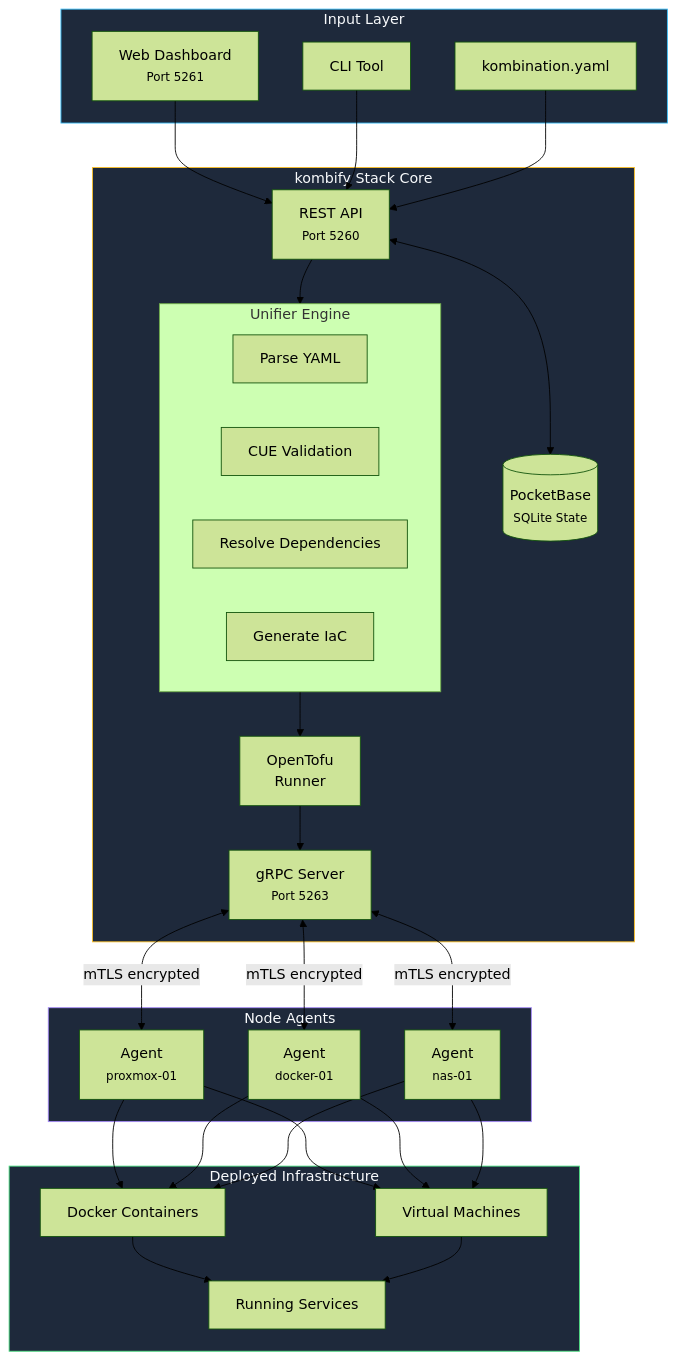
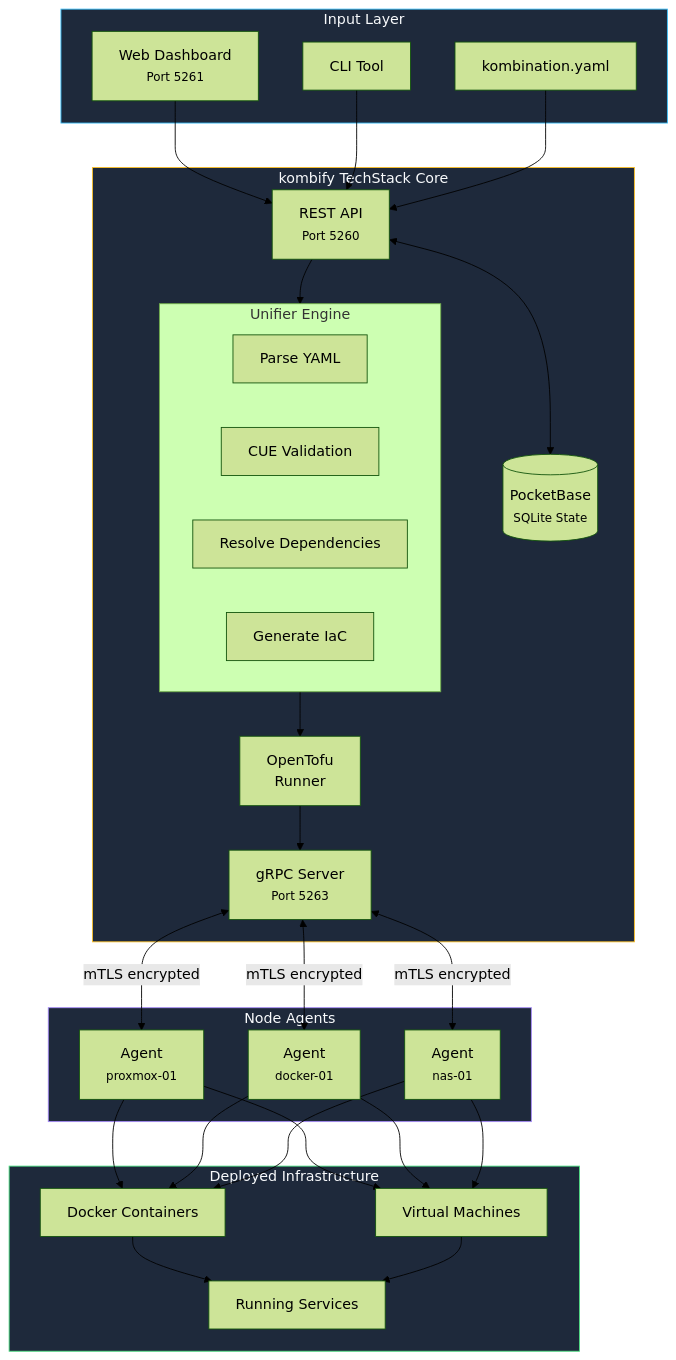
One commit to KombiverseLabs/docs changed the second of 5 diagrams in stack/overview.mdx. Above: the diagram before and after it, drawn with Mermaid (forest theme). The commit also changed other lines of this file and 57 other files, not shown here.

````diff
--- a/stack/overview.mdx
+++ b/stack/overview.mdx
@@ -103,50 +103,50 @@
 ```mermaid
 flowchart TB
     subgraph Input["Input Layer"]
         UI["Web Dashboard<br/><small>Port 5261</small>"]
         CLI["CLI Tool"]
         YAML["kombination.yaml"]
     end
 
-    subgraph Core["kombify Stack Core"]
+    subgraph Core["kombify TechStack Core"]
         API["REST API<br/><small>Port 5260</small>"]
         
         subgraph Unifier["Unifier Engine"]
             Parse["Parse YAML"]
             Validate["CUE Validation"]
             Resolve["Resolve Dependencies"]
             Generate["Generate IaC"]
         end
         
         PB[("PocketBase<br/><small>SQLite State</small>")]
         gRPC["gRPC Server<br/><small>Port 5263</small>"]
         ToFu["OpenTofu<br/>Runner"]
     end
 
     subgraph Agents["Node Agents"]
         A1["Agent<br/><small>proxmox-01</small>"]
         A2["Agent<br/><small>docker-01</small>"]
         A3["Agent<br/><small>nas-01</small>"]
     end
 
     subgraph Infra["Deployed Infrastructure"]
         Docker["Docker Containers"]
         VMs["Virtual Machines"]
         Services["Running Services"]
     end
 
     UI & CLI --> API
     YAML --> API
     API --> Unifier
     API <--> PB
     Unifier --> ToFu
     ToFu --> gRPC
     gRPC <-->|"mTLS encrypted"| A1 & A2 & A3
     A1 & A2 & A3 --> Docker & VMs
     Docker & VMs --> Services
 
     style Input fill:#1e293b,stroke:#38bdf8,color:#f8fafc
     style Core fill:#1e293b,stroke:#fbbf24,color:#f8fafc
     style Agents fill:#1e293b,stroke:#a78bfa,color:#f8fafc
     style Infra fill:#1e293b,stroke:#4ade80,color:#f8fafc
 ```
````
